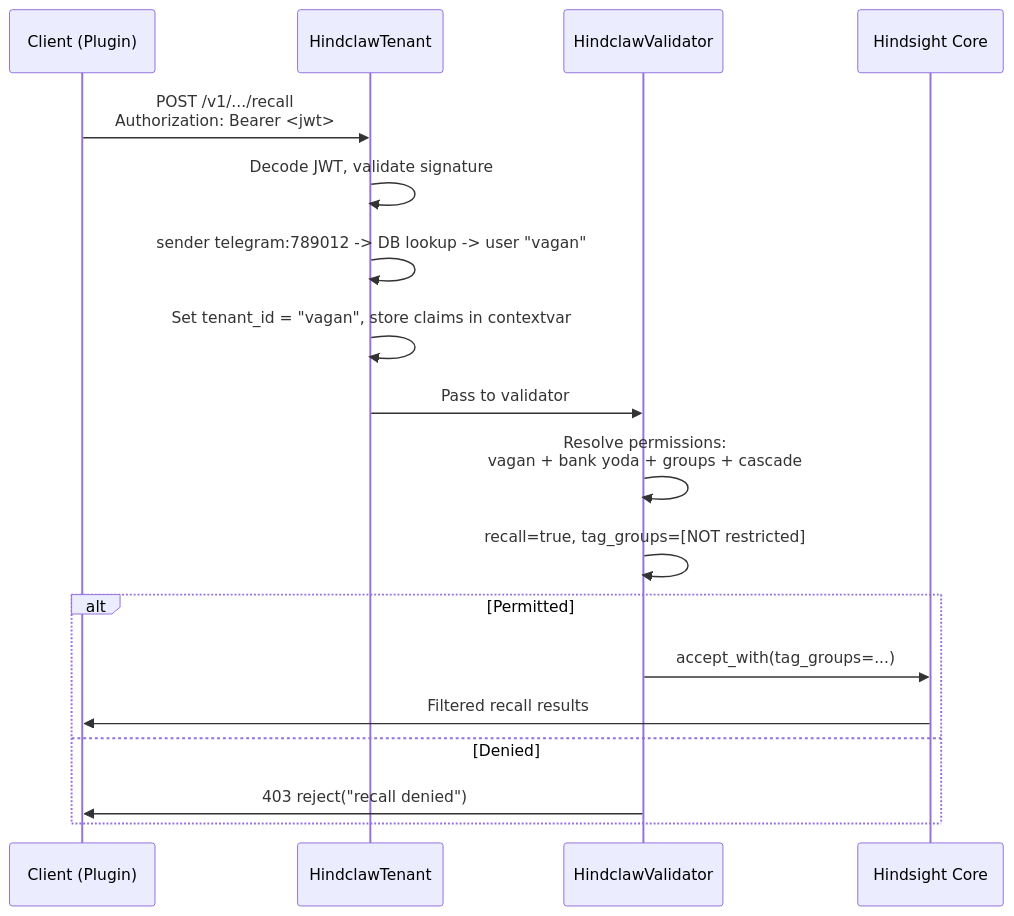
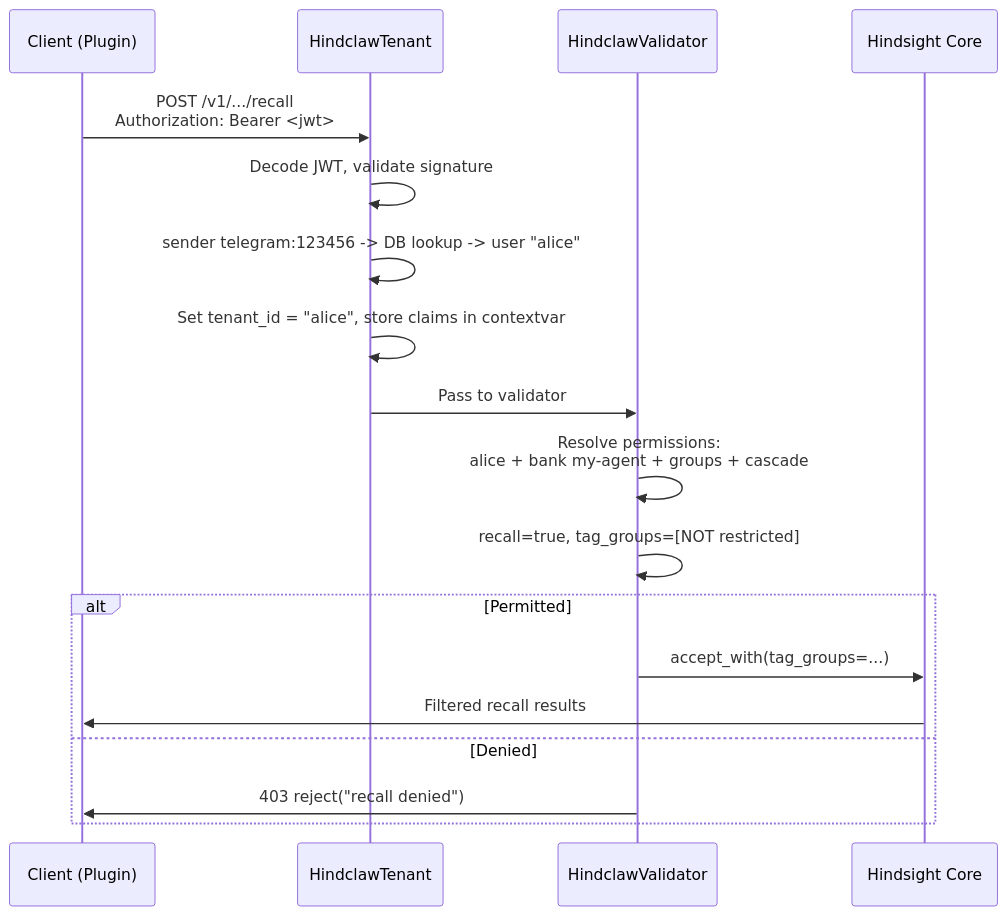
One commit to mrkhachaturov/hindclaw changed the first of 3 diagrams in hindclaw-docs/docs/guides/access-control.md. Above: the diagram before and after it, drawn with Mermaid. The commit also changed other lines of this file and 9 other files, not shown here.

````diff
--- a/hindclaw-docs/docs/guides/access-control.md
+++ b/hindclaw-docs/docs/guides/access-control.md
@@ -97,22 +97,22 @@
 ```mermaid
 sequenceDiagram
     participant C as Client (Plugin)
     participant T as HindclawTenant
     participant V as HindclawValidator
     participant H as Hindsight Core
 
     C->>T: POST /v1/.../recall<br/>Authorization: Bearer <jwt>
     T->>T: Decode JWT, validate signature
-    T->>T: sender telegram:789012 -> DB lookup -> user "vagan"
-    T->>T: Set tenant_id = "vagan", store claims in contextvar
+    T->>T: sender telegram:123456 -> DB lookup -> user "alice"
+    T->>T: Set tenant_id = "alice", store claims in contextvar
     T->>V: Pass to validator
-    V->>V: Resolve permissions:<br/>vagan + bank yoda + groups + cascade
+    V->>V: Resolve permissions:<br/>alice + bank my-agent + groups + cascade
     V->>V: recall=true, tag_groups=[NOT restricted]
 
     alt Permitted
         V->>H: accept_with(tag_groups=...)
         H->>C: Filtered recall results
     else Denied
         V->>C: 403 reject("recall denied")
     end
 ```
````
